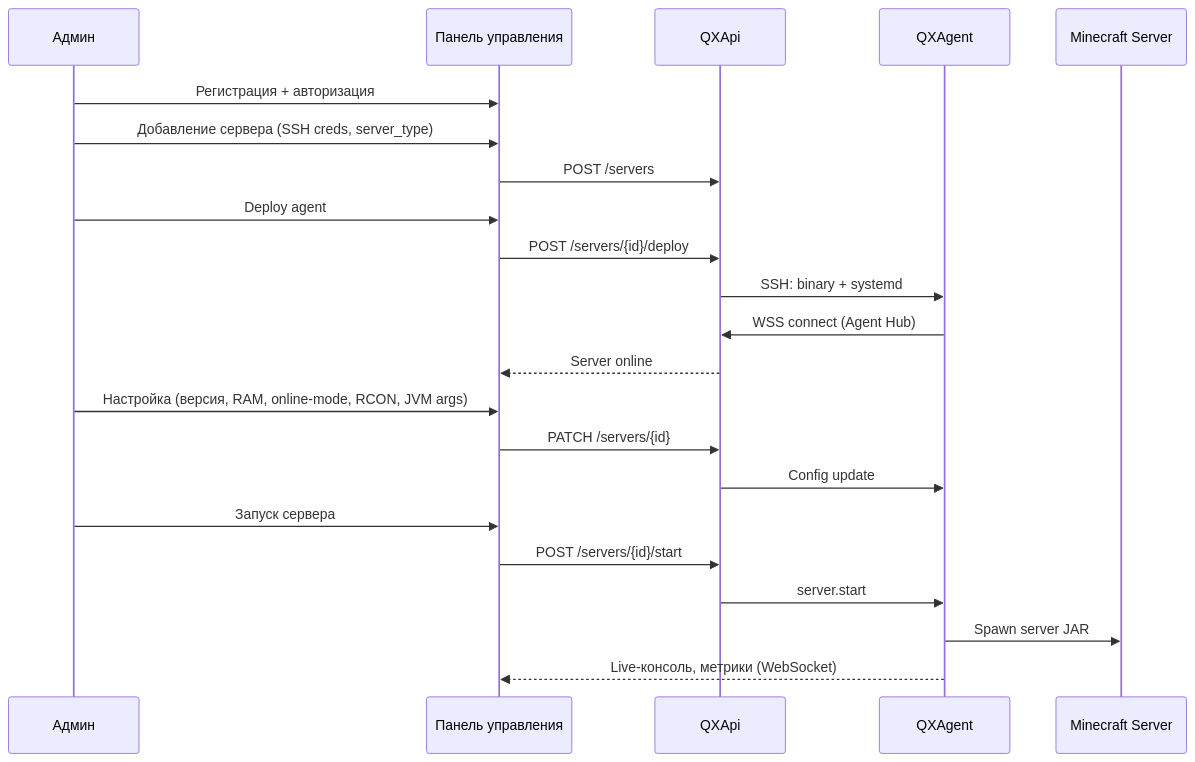
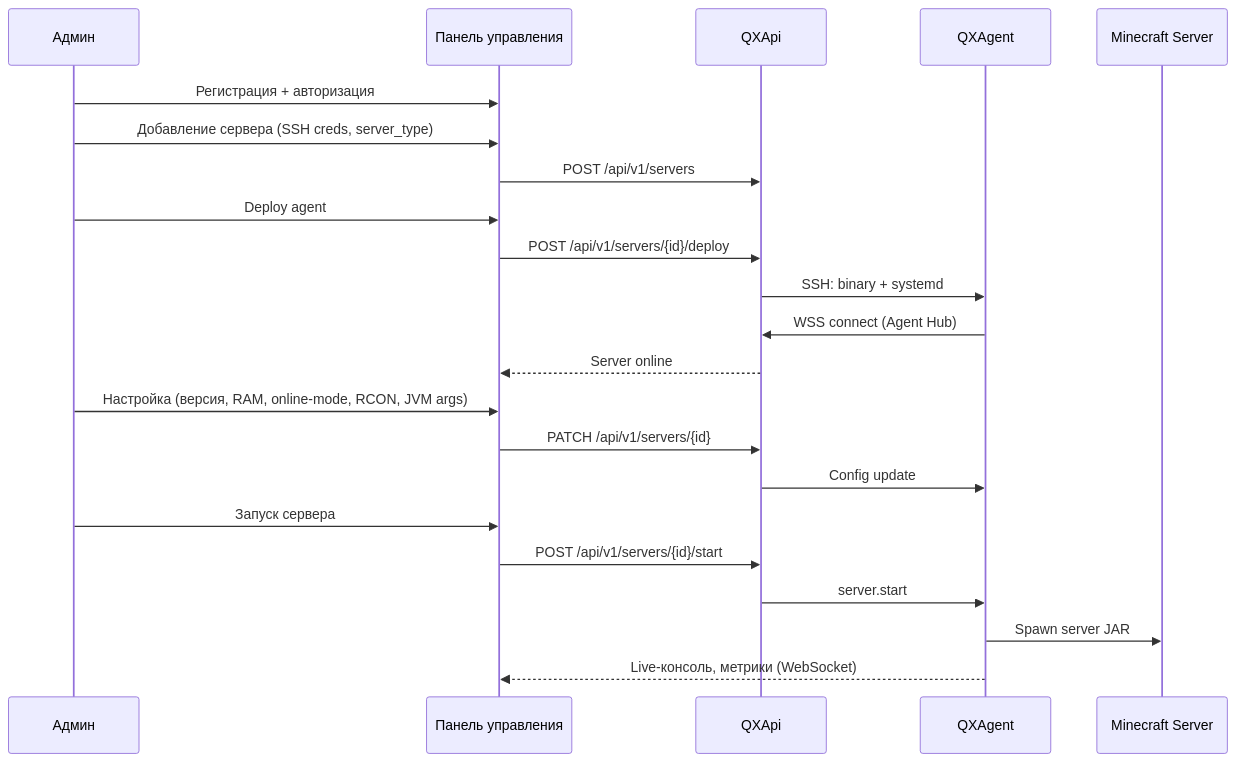
One commit to mindevis/qx-project changed the third of 16 diagrams in docs/architecture.md. Above: the diagram before and after it, drawn with Mermaid. The commit also changed other lines of this file and 129 other files, not shown here.

````diff
--- a/docs/architecture.md
+++ b/docs/architecture.md
@@ -128,27 +157,27 @@
 ```mermaid
 sequenceDiagram
     participant U as Админ
     participant Web as Панель управления
     participant API as QXApi
     participant A as QXAgent
     participant MC as Minecraft Server
 
     U->>Web: Регистрация + авторизация
     U->>Web: Добавление сервера (SSH creds, server_type)
-    Web->>API: POST /servers
+    Web->>API: POST /api/v1/servers
     U->>Web: Deploy agent
-    Web->>API: POST /servers/{id}/deploy
+    Web->>API: POST /api/v1/servers/{id}/deploy
     API->>A: SSH: binary + systemd
     A->>API: WSS connect (Agent Hub)
     API-->>Web: Server online
 
     U->>Web: Настройка (версия, RAM, online-mode, RCON, JVM args)
-    Web->>API: PATCH /servers/{id}
+    Web->>API: PATCH /api/v1/servers/{id}
     API->>A: Config update
 
     U->>Web: Запуск сервера
-    Web->>API: POST /servers/{id}/start
+    Web->>API: POST /api/v1/servers/{id}/start
     API->>A: server.start
     A->>MC: Spawn server JAR
     A-->>Web: Live-консоль, метрики (WebSocket)
 ```
````
